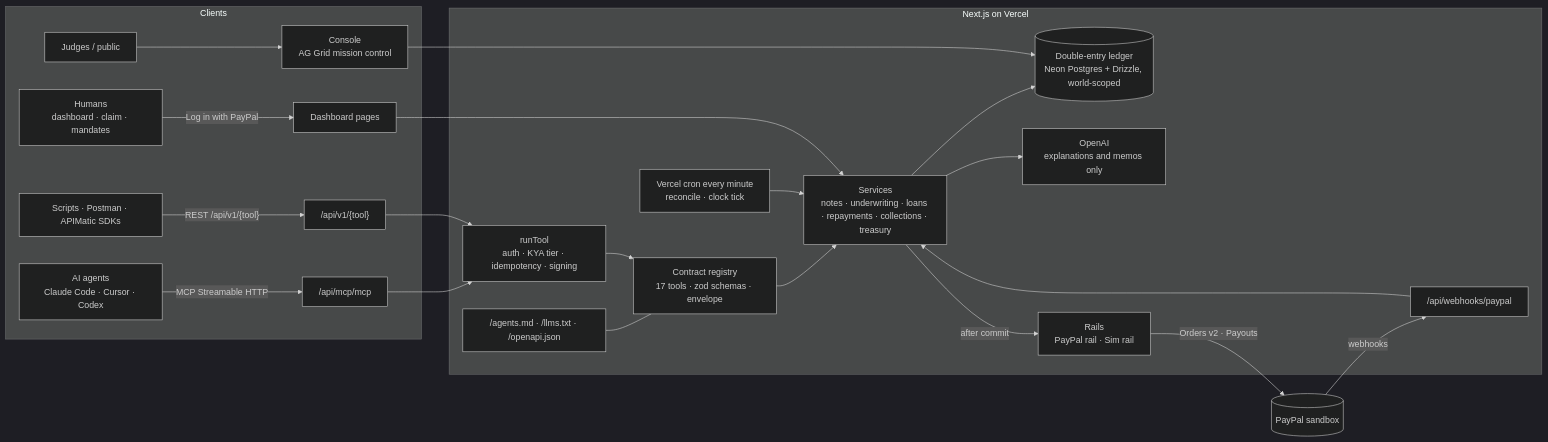
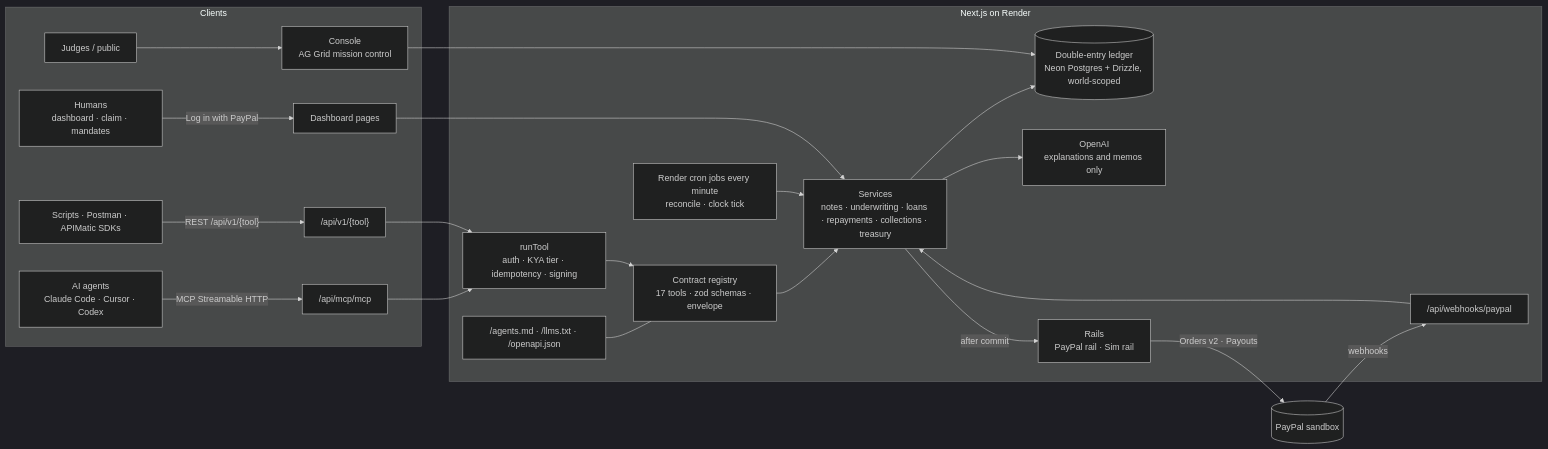
The diagram in README.md (huzaifakhan04/mandate), drawn with Mermaid (dark theme) before and after one commit. The commit also changed other lines of this file and 61 other files, not shown here.

````diff
--- a/README.md
+++ b/README.md
@@ -50,25 +50,25 @@
 ```mermaid
 flowchart LR
   subgraph Clients
     A1["AI agents<br/>Claude Code · Cursor · Codex"] -->|MCP Streamable HTTP| MCP
     A2["Scripts · Postman · APIMatic SDKs"] -->|"REST /api/v1/{tool}"| REST
     H["Humans<br/>dashboard · claim · mandates"] -->|Log in with PayPal| UI
     J["Judges / public"] --> CON["Console<br/>AG Grid mission control"]
   end
-  subgraph Vercel["Next.js on Vercel"]
+  subgraph Render["Next.js on Render"]
     MCP["/api/mcp/mcp"] --> RT
     REST["/api/v1/{tool}"] --> RT
     DOCS["/agents.md · /llms.txt · /openapi.json"] --- REG
     RT["runTool<br/>auth · KYA tier · idempotency · signing"] --> REG["Contract registry<br/>17 tools · zod schemas · envelope"]
     REG --> SVC["Services<br/>notes · underwriting · loans · repayments · collections · treasury"]
     SVC --> LED[("Double-entry ledger<br/>Neon Postgres + Drizzle, world-scoped")]
     SVC --> AI["OpenAI<br/>explanations and memos only"]
     SVC -->|after commit| RAIL["Rails<br/>PayPal rail · Sim rail"]
-    CRON["Vercel cron every minute<br/>reconcile · clock tick"] --> SVC
+    CRON["Render cron jobs every minute<br/>reconcile · clock tick"] --> SVC
     WH["/api/webhooks/paypal"] --> SVC
     UI["Dashboard pages"] --> SVC
     CON --> LED
   end
   RAIL -->|Orders v2 · Payouts| PP[("PayPal sandbox")]
   PP -->|webhooks| WH
 ```
````
